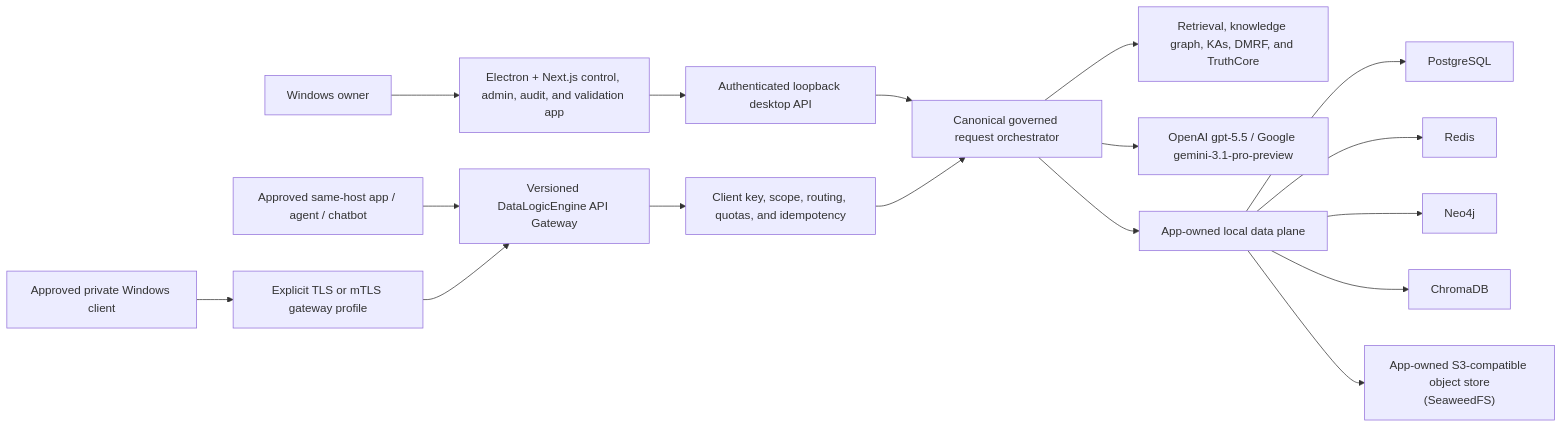
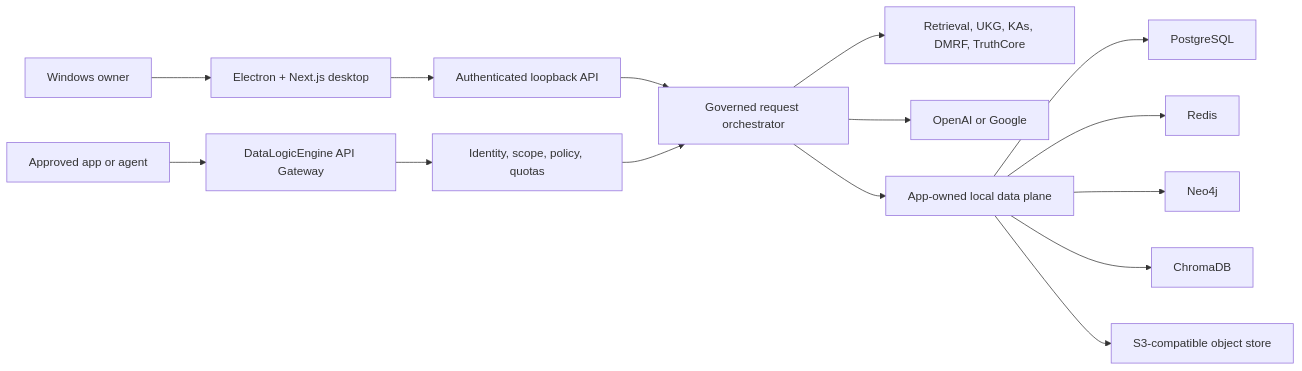
One commit to kherrera6219/DataLogicEngine changed the diagram in README.md. Above: the diagram before and after it, drawn with Mermaid. The commit also changed other lines of this file, not shown here.

````diff
--- a/README.md
+++ b/README.md
@@ -683,19 +80,17 @@
 ```mermaid
 flowchart LR
-  Owner["Windows owner"] --> Frontend["Electron + Next.js control, admin, audit, and validation app"]
-  Frontend --> DesktopAPI["Authenticated loopback desktop API"]
-  SameHost["Approved same-host app / agent / chatbot"] --> Gateway["Versioned DataLogicEngine API Gateway"]
-  PrivateClient["Approved private Windows client"] --> PrivateListener["Explicit TLS or mTLS gateway profile"]
-  PrivateListener --> Gateway
-  Gateway --> ClientPolicy["Client key, scope, routing, quotas, and idempotency"]
-  DesktopAPI --> Governed["Canonical governed request orchestrator"]
-  ClientPolicy --> Governed
-  Governed --> Graph["Retrieval, knowledge graph, KAs, DMRF, and TruthCore"]
-  Governed --> Providers["OpenAI gpt-5.5 / Google gemini-3.1-pro-preview"]
+  Owner["Windows owner"] --> Desktop["Electron + Next.js desktop"]
+  Desktop --> DesktopAPI["Authenticated loopback API"]
+  Client["Approved app or agent"] --> Gateway["DataLogicEngine API Gateway"]
+  Gateway --> Policy["Identity, scope, policy, quotas"]
+  DesktopAPI --> Governed["Governed request orchestrator"]
+  Policy --> Governed
+  Governed --> Reasoning["Retrieval, UKG, KAs, DMRF, TruthCore"]
+  Governed --> Provider["OpenAI or Google"]
   Governed --> Stores["App-owned local data plane"]
-  Stores --> PostgreSQL["PostgreSQL"]
-  Stores --> Redis["Redis"]
-  Stores --> Neo4j["Neo4j"]
-  Stores --> Chroma["ChromaDB"]
-  Stores --> ObjectStore["App-owned S3-compatible object store<br/>(SeaweedFS)"]
+  Stores --> PostgreSQL
+  Stores --> Redis
+  Stores --> Neo4j
+  Stores --> ChromaDB
+  Stores --> ObjectStore["S3-compatible object store"]
 ```
````
